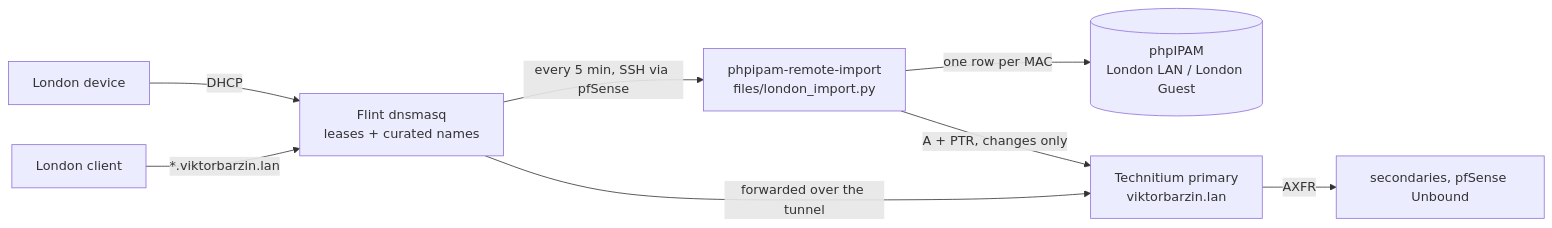
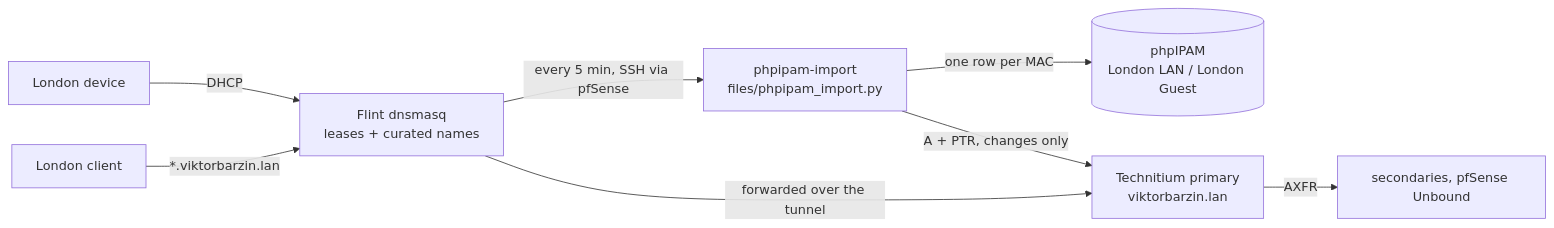
Before and after one commit to ViktorBarzin/infra: the second of 2 diagrams in docs/architecture/dns.md, drawn with Mermaid. The commit also changed other lines of this file and 15 other files, not shown here.

First line of the commit message:
phpipam: one importer fills the address inventory from every source

````diff
--- a/docs/architecture/dns.md
+++ b/docs/architecture/dns.md
@@ -489,10 +488,10 @@
 ```mermaid
 flowchart LR
   D[London device] -->|DHCP| F[Flint dnsmasq<br/>leases + curated names]
-  F -->|every 5 min, SSH via pfSense| I[phpipam-remote-import<br/>files/london_import.py]
+  F -->|every 5 min, SSH via pfSense| I[phpipam-import<br/>files/phpipam_import.py]
   I -->|one row per MAC| P[(phpIPAM<br/>London LAN / London Guest)]
   I -->|A + PTR, changes only| T[Technitium primary<br/>viktorbarzin.lan]
   T -->|AXFR| R[secondaries, pfSense Unbound]
   LC[London client] -->|"*.viktorbarzin.lan"| F
   F -->|forwarded over the tunnel| T
 ```
````
